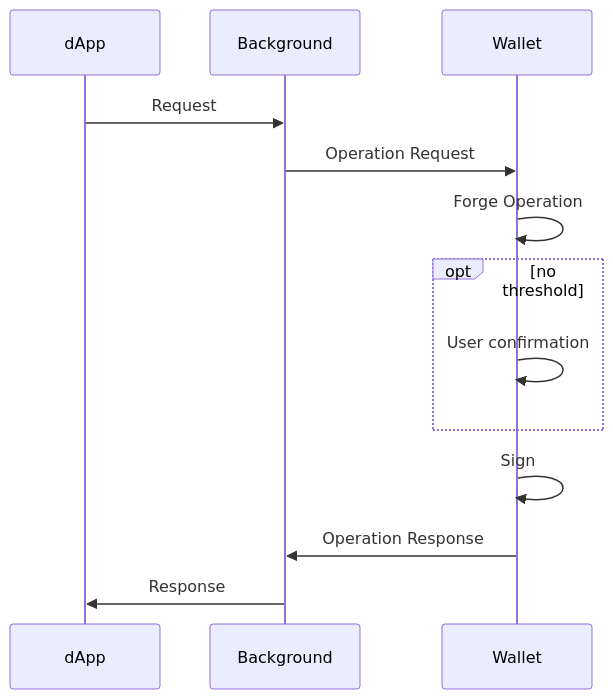
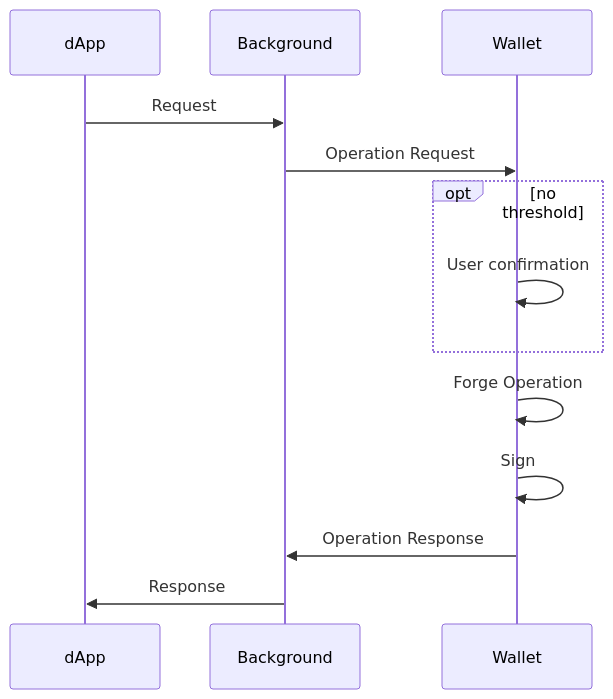
One commit to airgap-it/beacon-sdk changed the third of 5 diagrams in flows/P2PExtension.md. Above: the diagram before and after it, drawn with Mermaid. The commit also changed other lines of this file and 3 other files, not shown here.

Commit message:
feat(flows): move forging to after user confirmation

````diff
--- a/flows/P2PExtension.md
+++ b/flows/P2PExtension.md
@@ -31,14 +31,14 @@
 ```mermaid
 sequenceDiagram
     dApp->>Background: Request
     Background->>Wallet: Operation Request
-    Wallet->>Wallet: Forge Operation
 
     opt no threshold
         Wallet->>Wallet: User confirmation
     end
+    Wallet->>Wallet: Forge Operation
     Wallet->>Wallet: Sign
 
     Wallet->>Background: Operation Response
     Background->>dApp: Response
 ```
````
